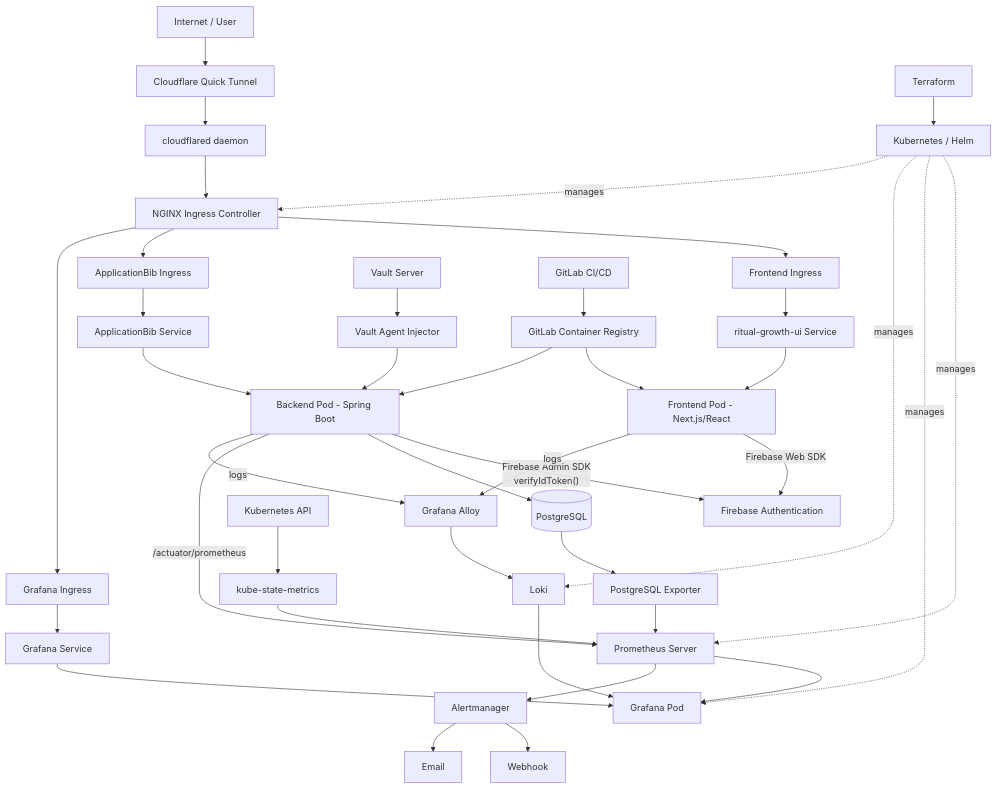
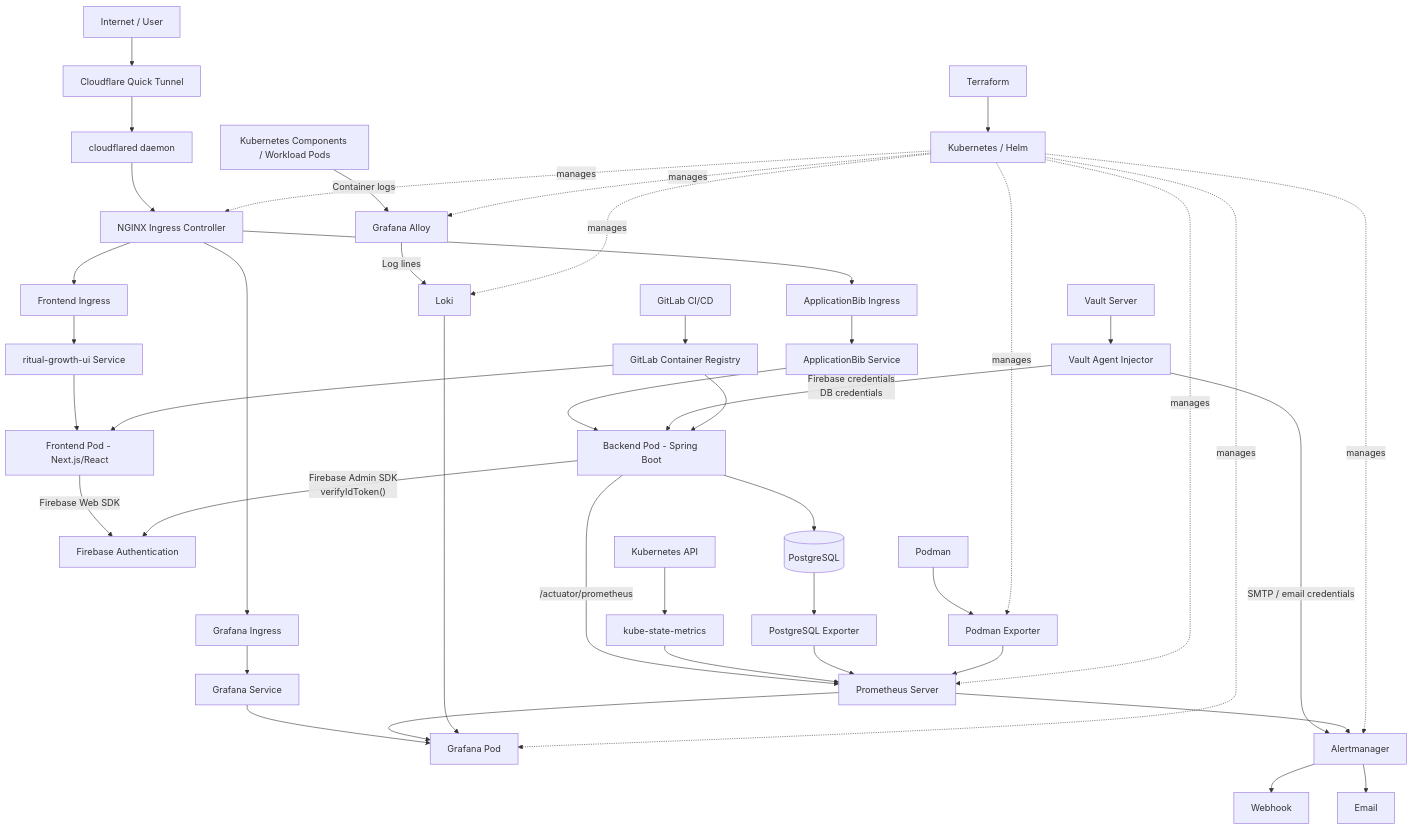
One commit to chaos-MK/ApplicationBib changed the first of 9 diagrams in docs/threat-model/threat-model.md. Above: the diagram before and after it, drawn with Mermaid. The commit also changed other lines of this file, not shown here.

Commit message:
docs: update observability architecture [skip ci]

````diff
--- a/docs/threat-model/threat-model.md
+++ b/docs/threat-model/threat-model.md
@@ -458,47 +470,62 @@
 ```mermaid
 flowchart TD
     U[Internet / User] --> CF[Cloudflare Quick Tunnel]
     CF --> CFD[cloudflared daemon]
     CFD --> NGINX[NGINX Ingress Controller]
+
     NGINX --> FEING[Frontend Ingress]
     NGINX --> BEING[ApplicationBib Ingress]
     NGINX --> GFING[Grafana Ingress]
 
     FEING --> FESVC[ritual-growth-ui Service]
     FESVC --> FEPOD[Frontend Pod - Next.js/React]
 
     BEING --> BESVC[ApplicationBib Service]
     BESVC --> BEPOD[Backend Pod - Spring Boot]
 
     GFING --> GFSVC[Grafana Service]
     GFSVC --> GFPOD[Grafana Pod]
 
     FEPOD -- "Firebase Web SDK" --> FBAUTH[Firebase Authentication]
     BEPOD -- "Firebase Admin SDK\nverifyIdToken()" --> FBAUTH
     BEPOD --> PG[(PostgreSQL)]
 
+    %% Vault and secret injection
     VAULT[Vault Server] --> VAI[Vault Agent Injector]
-    VAI --> BEPOD
+    VAI -- "Firebase credentials\nDB credentials" --> BEPOD
+    VAI -- "SMTP / email credentials" --> AM[Alertmanager]
 
+    %% Metrics
     BEPOD -- "/actuator/prometheus" --> PROM[Prometheus Server]
     KAPI[Kubernetes API] --> KSM[kube-state-metrics] --> PROM
     PG --> PGEXP[PostgreSQL Exporter] --> PROM
+    PODMAN[Podman] --> PEXP[Podman Exporter] --> PROM
+
     PROM --> GFPOD
-    PROM --> AM[Alertmanager]
+    PROM --> AM
+
+    %% Alerting
     AM --> WEBHOOK[Webhook]
     AM --> EMAIL[Email]
 
-    FEPOD -- logs --> ALLOY[Grafana Alloy]
-    BEPOD -- logs --> ALLOY
-    ALLOY --> LOKI[Loki] --> GFPOD
+    %% Cluster-wide logging
+    K8SPODS[Kubernetes Components / Workload Pods] -- "Container logs" --> ALLOY[Grafana Alloy]
+    ALLOY -- "Log lines" --> LOKI[Loki]
+    LOKI --> GFPOD
 
+    %% CI/CD
     GITLAB[GitLab CI/CD] --> REGISTRY[GitLab Container Registry]
     REGISTRY --> FEPOD
     REGISTRY --> BEPOD
 
+    %% Infrastructure as Code
     TF[Terraform] --> K8S[Kubernetes / Helm]
-    K8S -.manages.-> PROM
-    K8S -.manages.-> GFPOD
-    K8S -.manages.-> LOKI
-    K8S -.manages.-> NGINX
+
+    K8S -. "manages" .-> PROM
+    K8S -. "manages" .-> GFPOD
+    K8S -. "manages" .-> LOKI
+    K8S -. "manages" .-> NGINX
+    K8S -. "manages" .-> ALLOY
+    K8S -. "manages" .-> AM
+    K8S -. "manages" .-> PEXP
 ```
````
